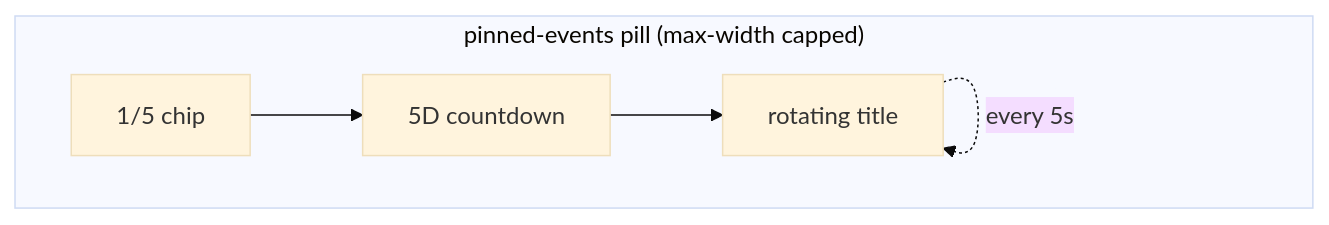
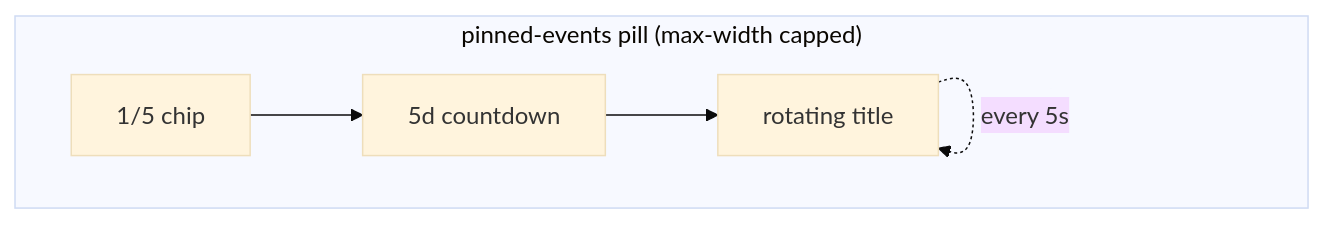
The diagram in docs/pinned-events.md (oncloudnintynineone-source/cloudy2), drawn with Mermaid (base theme) before and after one commit. The commit also changed other lines of this file and 6 other files, not shown here.

````diff
--- a/docs/pinned-events.md
+++ b/docs/pinned-events.md
@@ -77,8 +77,8 @@
 ```mermaid
 flowchart LR
   subgraph pill["pinned-events pill (max-width capped)"]
  direction LR
- C["1/5 chip"] --> D["5D countdown"] --> T["rotating title"]
+  C["1/5 chip"] --> D["5d countdown"] --> T["rotating title"]
   end
   T -. every 5s .-> T
 ```
````
